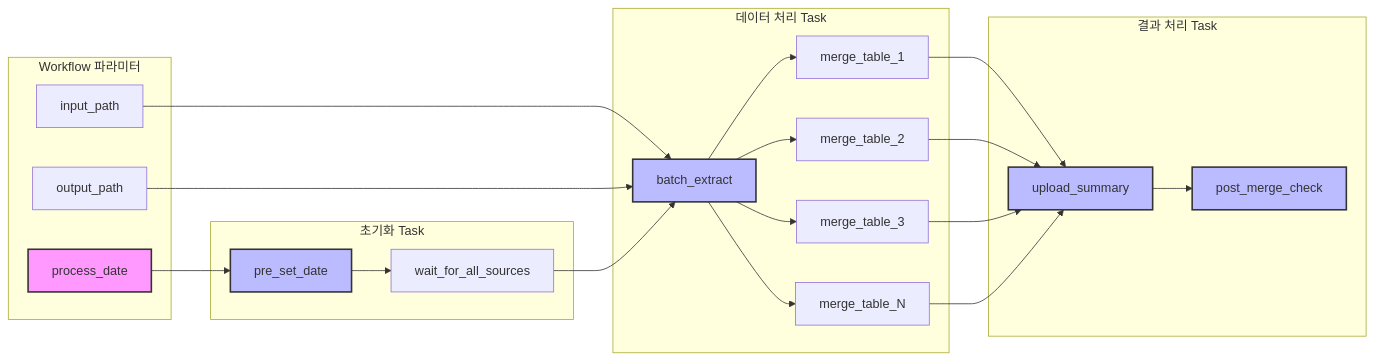
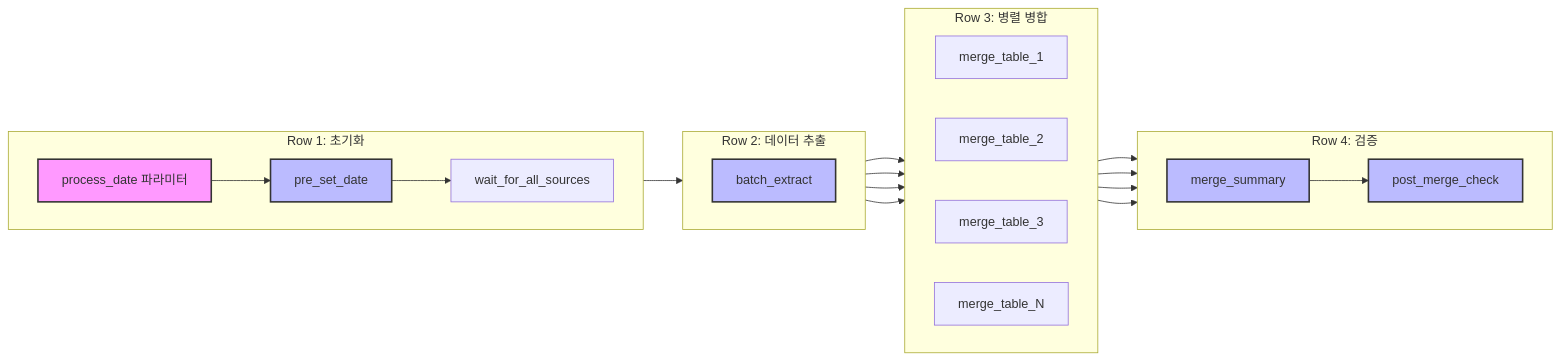
The seventh of 10 diagrams in _posts/2025-03-18-etl-pipeline.md (yeokyeong-yoon/yeokyeong-yoon.github.io), drawn with Mermaid before and after one commit. The commit also changed other lines of this file, not shown here.

Commit message:
docs: Update ETL pipeline documentation with detailed Workflow implementation

````diff
--- a/_posts/2025-03-18-etl-pipeline.md
+++ b/_posts/2025-03-18-etl-pipeline.md
@@ -302,50 +312,45 @@
 ```mermaid
 graph LR
-    subgraph "Workflow 파라미터"
-        P1[process_date]
-        P2[input_path]
-        P3[output_path]
+    subgraph "Row 1: 초기화"
+        direction LR
+        P1[process_date 파라미터]
+        T1[pre_set_date]
+        T2[wait_for_all_sources]
+        P1 --> T1 --> T2
     end
     
-    subgraph "초기화 Task"
-        T1[pre_set_date]
-        T2[wait_for_all_sources]
+    subgraph "Row 2: 데이터 추출"
+        direction LR
+        T3[batch_extract]
+        T2 --> T3
     end
     
-    subgraph "데이터 처리 Task"
-        T3[batch_extract]
+    subgraph "Row 3: 병렬 병합"
+        direction LR
         T4[merge_table_1]
         T5[merge_table_2]
         T6[merge_table_3]
         T7[merge_table_N]
+        T3 --> T4
+        T3 --> T5
+        T3 --> T6
+        T3 --> T7
     end
     
-    subgraph "결과 처리 Task"
-        T8[upload_summary]
+    subgraph "Row 4: 검증"
+        direction LR
+        T8[merge_summary]
         T9[post_merge_check]
+        T4 --> T8
+        T5 --> T8
+        T6 --> T8
+        T7 --> T8
+        T8 --> T9
     end
-    
-    P1 --> T1
-    P2 --> T3
-    P3 --> T3
-    
-    T1 --> T2
-    T2 --> T3
-    T3 --> T4
-    T3 --> T5
-    T3 --> T6
-    T3 --> T7
-    
-    T4 --> T8
-    T5 --> T8
-    T6 --> T8
-    T7 --> T8
-    
-    T8 --> T9
     
     style P1 fill:#f9f,stroke:#333,stroke-width:2px
     style T1 fill:#bbf,stroke:#333,stroke-width:2px
     style T3 fill:#bbf,stroke:#333,stroke-width:2px
     style T8 fill:#bbf,stroke:#333,stroke-width:2px
     style T9 fill:#bbf,stroke:#333,stroke-width:2px
 ```
````
